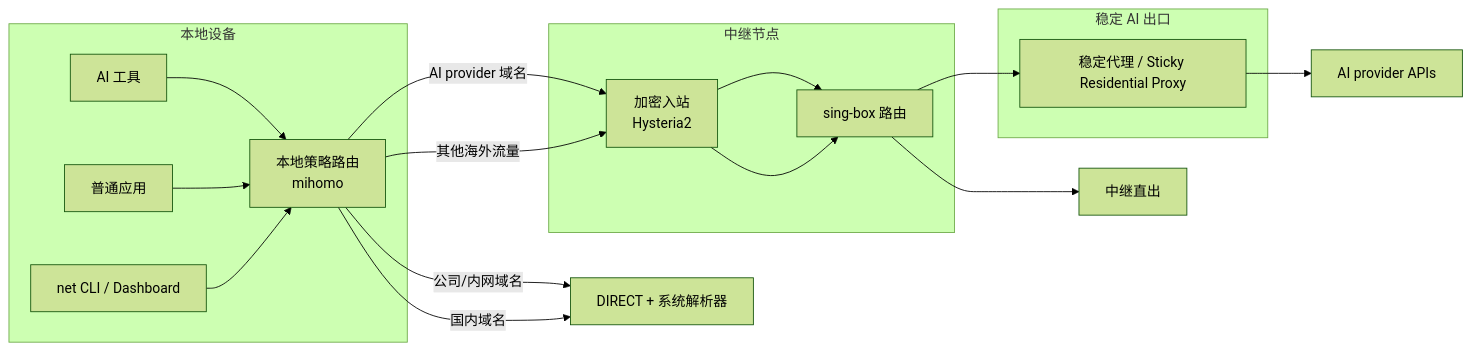
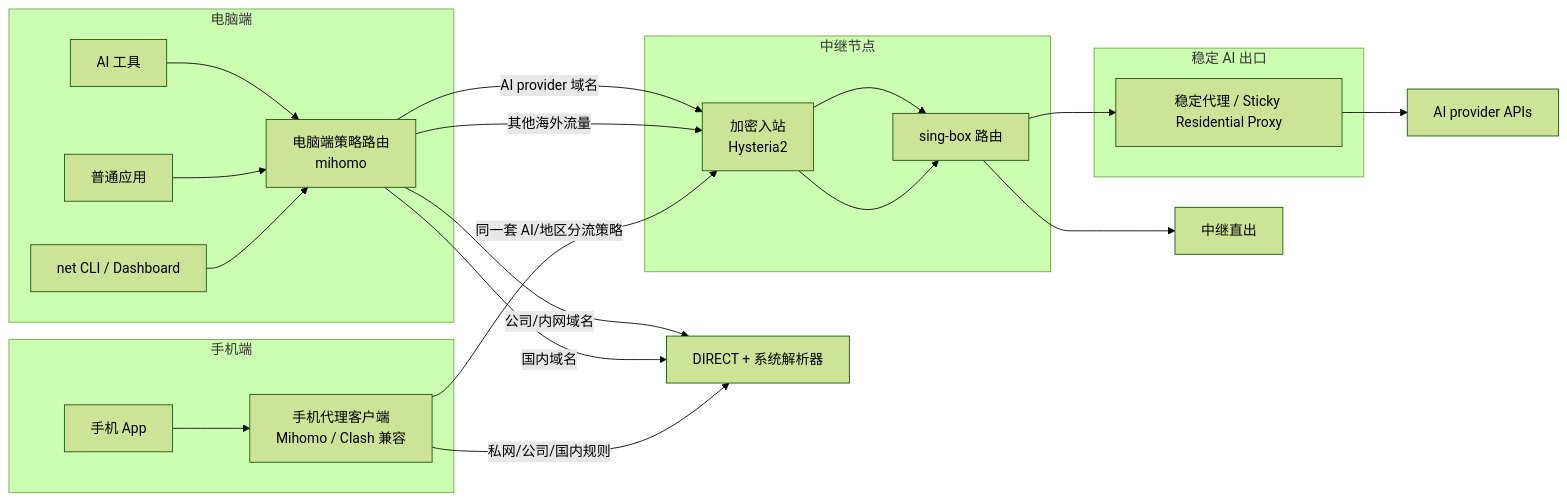
Before and after one commit to valiant-wjl/agent-route-kit: the diagram in README.zh-CN.md, drawn with Mermaid (forest theme). The commit also changed other lines of this file and 5 other files, not shown here.

````diff
--- a/README.zh-CN.md
+++ b/README.zh-CN.md
@@ -40,26 +40,34 @@
 ```mermaid
 flowchart LR
-  subgraph Client["本地设备"]
+  subgraph Desktop["电脑端"]
     Tools["AI 工具"]
     Apps["普通应用"]
-    Router["本地策略路由<br/>mihomo"]
+    Router["电脑端策略路由<br/>mihomo"]
     Ops["net CLI / Dashboard"]
+  end
+
+  subgraph Mobile["手机端"]
+    MobileApps["手机 App"]
+    MobileRouter["手机代理客户端<br/>Mihomo / Clash 兼容"]
   end
 
   subgraph Relay["中继节点"]
     Tunnel["加密入站<br/>Hysteria2"]
     Policy["sing-box 路由"]
   end
 
   subgraph Egress["稳定 AI 出口"]
     Stable["稳定代理 / Sticky Residential Proxy"]
   end
 
   Tools --> Router
   Apps --> Router
   Ops --> Router
+  MobileApps --> MobileRouter
   Router -- AI provider 域名 --> Tunnel --> Policy --> Stable --> AI["AI provider APIs"]
   Router -- 公司/内网域名 --> Direct["DIRECT + 系统解析器"]
   Router -- 国内域名 --> Direct
   Router -- 其他海外流量 --> Tunnel --> Policy --> Internet["中继直出"]
+  MobileRouter -- 同一套 AI/地区分流策略 --> Tunnel
+  MobileRouter -- 私网/公司/国内规则 --> Direct
 ```
````
